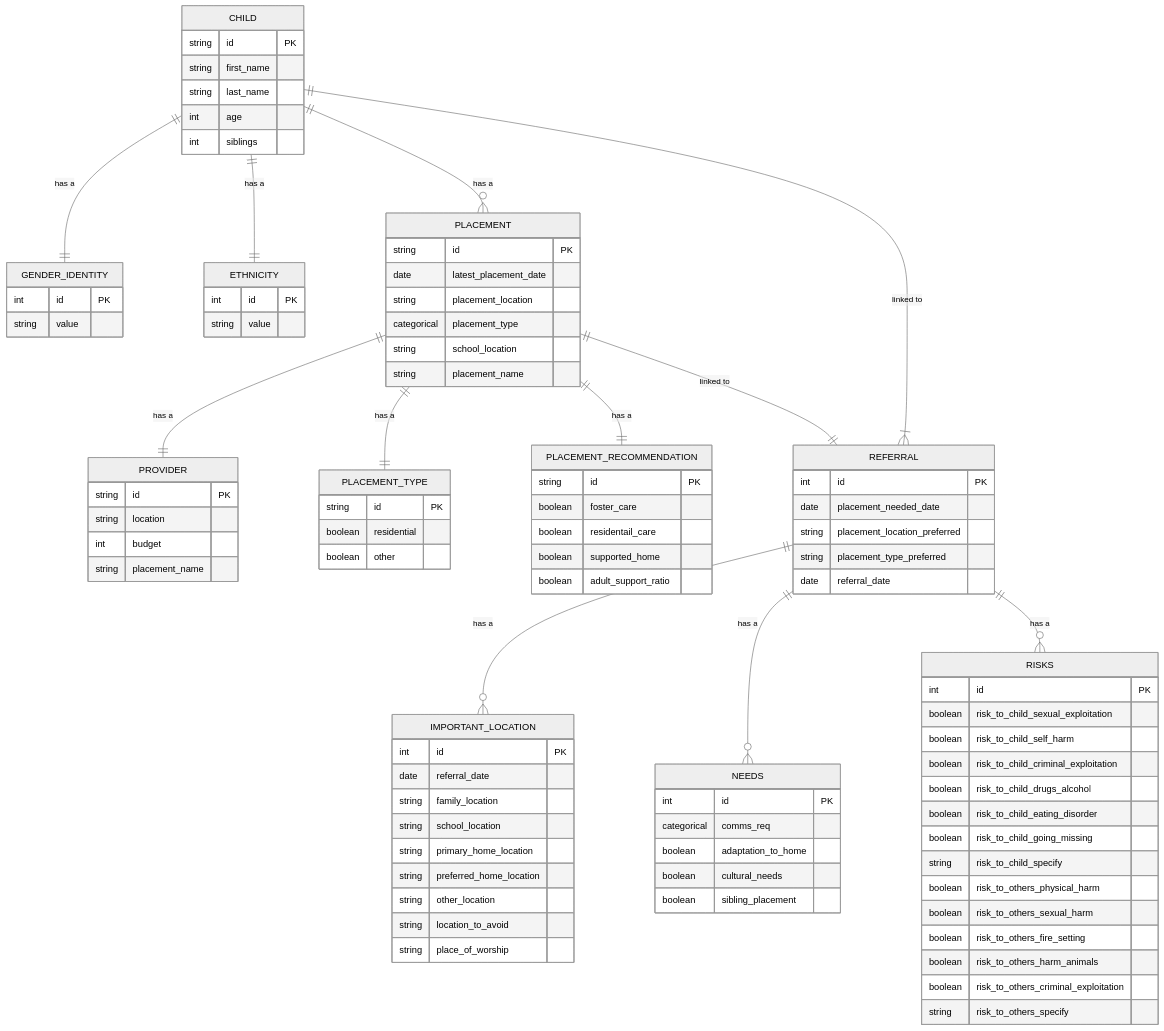
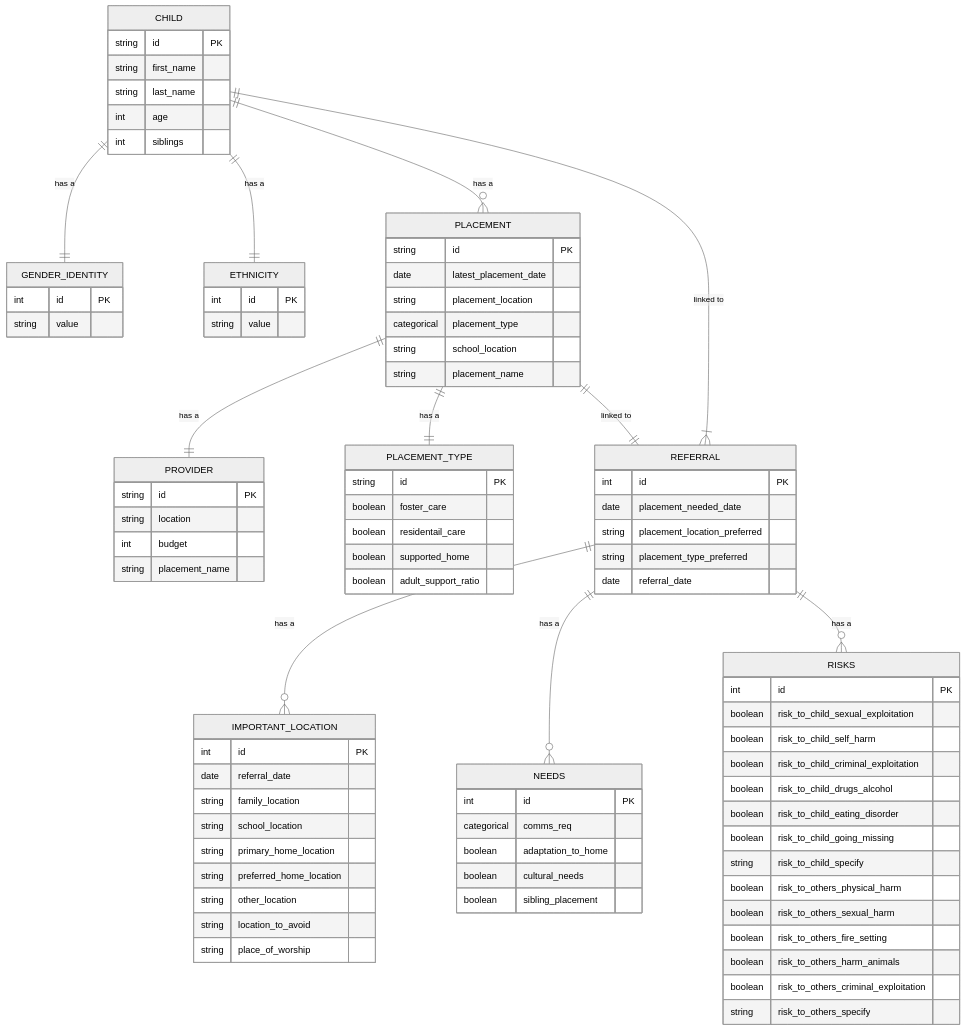
The diagram in README.md (SocialFinanceDigitalLabs/sw-sufficiency-model), drawn with Mermaid (neutral theme) before and after one commit.

```diff
--- a/README.md
+++ b/README.md
@@ -7,7 +7,6 @@
     CHILD ||--o{ PLACEMENT : "has a"
     PLACEMENT ||--|| PROVIDER : "has a"
     PLACEMENT ||--|| PLACEMENT_TYPE: "has a"
-    PLACEMENT ||--|| PLACEMENT_RECOMMENDATION: "has a"
     PLACEMENT ||--|| REFERRAL : "linked to"
     CHILD ||--|{ REFERRAL : "linked to"
     REFERRAL ||--o{ IMPORTANT_LOCATION : "has a"
@@ -36,7 +35,7 @@
         string school_location
         string placement_name
     }
-    PLACEMENT_RECOMMENDATION {
+    PLACEMENT_TYPE {
         string id PK
         boolean foster_care
         boolean residentail_care
@@ -48,11 +47,6 @@
         string location
         int budget
         string placement_name
-    }
-    PLACEMENT_TYPE {
-        string id PK
-        boolean residential
-        boolean other    
     }
     REFERRAL {
         int id PK
```
